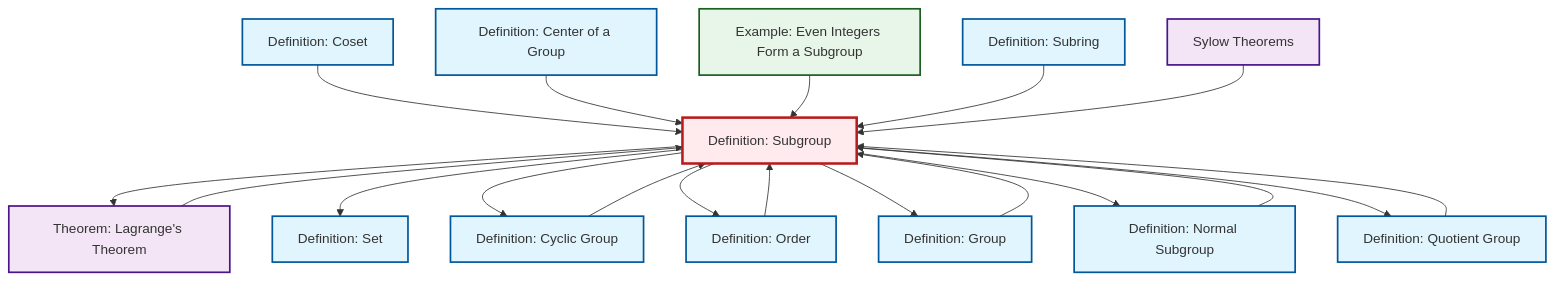
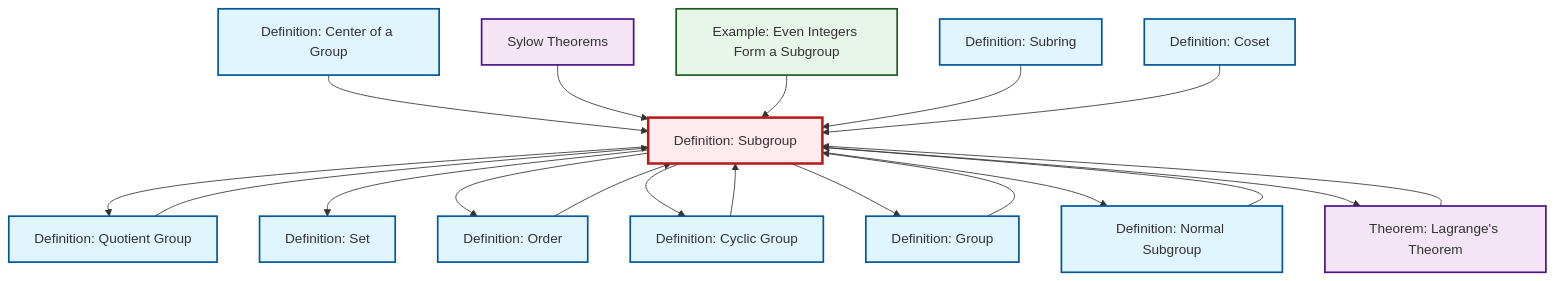
The diagram in content/en/algebra/def-subgroup.qmd (RK0429/ModernMath), drawn with Mermaid before and after one commit. The commit also changed other lines of this file and 672 other files, not shown here.

````diff
--- a/content/en/algebra/def-subgroup.qmd
+++ b/content/en/algebra/def-subgroup.qmd
@@ -53,53 +53,53 @@
 ```{mermaid}
 %%| fig-cap: "Local dependency graph"
 graph TD
     classDef definition fill:#e1f5fe,stroke:#01579b,stroke-width:2px
     classDef theorem fill:#f3e5f5,stroke:#4a148c,stroke-width:2px
     classDef axiom fill:#fff3e0,stroke:#e65100,stroke-width:2px
     classDef example fill:#e8f5e9,stroke:#1b5e20,stroke-width:2px
     classDef current fill:#ffebee,stroke:#b71c1c,stroke-width:3px
     def-subgroup["Definition: Subgroup"]:::definition
+    def-normal-subgroup["Definition: Normal Subgroup"]:::definition
+    def-cyclic-group["Definition: Cyclic Group"]:::definition
+    def-set["Definition: Set"]:::definition
+    def-coset["Definition: Coset"]:::definition
+    def-order["Definition: Order"]:::definition
+    def-quotient-group["Definition: Quotient Group"]:::definition
     def-subring["Definition: Subring"]:::definition
-    def-cyclic-group["Definition: Cyclic Group"]:::definition
-    def-order["Definition: Order"]:::definition
-    def-set["Definition: Set"]:::definition
+    def-group["Definition: Group"]:::definition
     thm-lagrange["Theorem: Lagrange's Theorem"]:::theorem
+    def-center-of-group["Definition: Center of a Group"]:::definition
     thm-sylow["Sylow Theorems"]:::theorem
-    def-normal-subgroup["Definition: Normal Subgroup"]:::definition
-    def-center-of-group["Definition: Center of a Group"]:::definition
-    def-coset["Definition: Coset"]:::definition
-    def-quotient-group["Definition: Quotient Group"]:::definition
-    def-group["Definition: Group"]:::definition
     ex-even-integers-subgroup["Example: Even Integers Form a Subgroup"]:::example
-    def-coset --> def-subgroup
+    thm-lagrange --> def-subgroup
+    def-quotient-group --> def-subgroup
+    def-subgroup --> def-quotient-group
+    def-subgroup --> def-set
     def-center-of-group --> def-subgroup
+    thm-sylow --> def-subgroup
+    def-subgroup --> def-order
     ex-even-integers-subgroup --> def-subgroup
     def-order --> def-subgroup
     def-normal-subgroup --> def-subgroup
+    def-subgroup --> def-cyclic-group
+    def-cyclic-group --> def-subgroup
+    def-subring --> def-subgroup
+    def-coset --> def-subgroup
+    def-subgroup --> def-group
+    def-subgroup --> def-normal-subgroup
     def-group --> def-subgroup
     def-subgroup --> thm-lagrange
-    def-subgroup --> def-set
-    def-subgroup --> def-cyclic-group
-    def-subring --> def-subgroup
-    thm-sylow --> def-subgroup
-    thm-lagrange --> def-subgroup
-    def-cyclic-group --> def-subgroup
-    def-subgroup --> def-order
-    def-subgroup --> def-group
-    def-quotient-group --> def-subgroup
-    def-subgroup --> def-normal-subgroup
-    def-subgroup --> def-quotient-group
     class def-subgroup current
+    click def-normal-subgroup "def-normal-subgroup.html" "Go to Normal Subgroup definition"
+    click def-cyclic-group "def-cyclic-group.html" "Go to Cyclic Group definition"
+    click def-set "def-set.html" "Go to Set definition"
+    click def-coset "def-coset.html" "Go to Coset definition"
+    click def-order "def-order.html" "Go to Order definition"
+    click def-quotient-group "def-quotient-group.html" "Go to Quotient Group definition"
     click def-subring "def-subring.html" "Go to Subring definition"
-    click def-cyclic-group "def-cyclic-group.html" "Go to Cyclic Group definition"
-    click def-order "def-order.html" "Go to Order definition"
-    click def-set "def-set.html" "Go to Set definition"
+    click def-group "def-group.html" "Go to Group definition"
     click thm-lagrange "thm-lagrange.html" "Go to Lagrange's Theorem theorem"
+    click def-center-of-group "def-center-of-group.html" "Go to Center of a Group definition"
     click thm-sylow "thm-sylow.html" "Go to Sylow Theorems"
-    click def-normal-subgroup "def-normal-subgroup.html" "Go to Normal Subgroup definition"
-    click def-center-of-group "def-center-of-group.html" "Go to Center of a Group definition"
-    click def-coset "def-coset.html" "Go to Coset definition"
-    click def-quotient-group "def-quotient-group.html" "Go to Quotient Group definition"
-    click def-group "def-group.html" "Go to Group definition"
     click ex-even-integers-subgroup "ex-even-integers-subgroup.html" "Go to Even Integers Form a Subgroup example"
 ```
````
